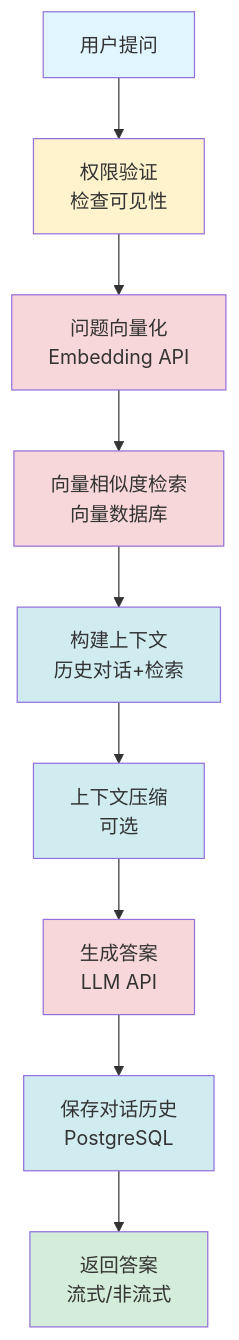
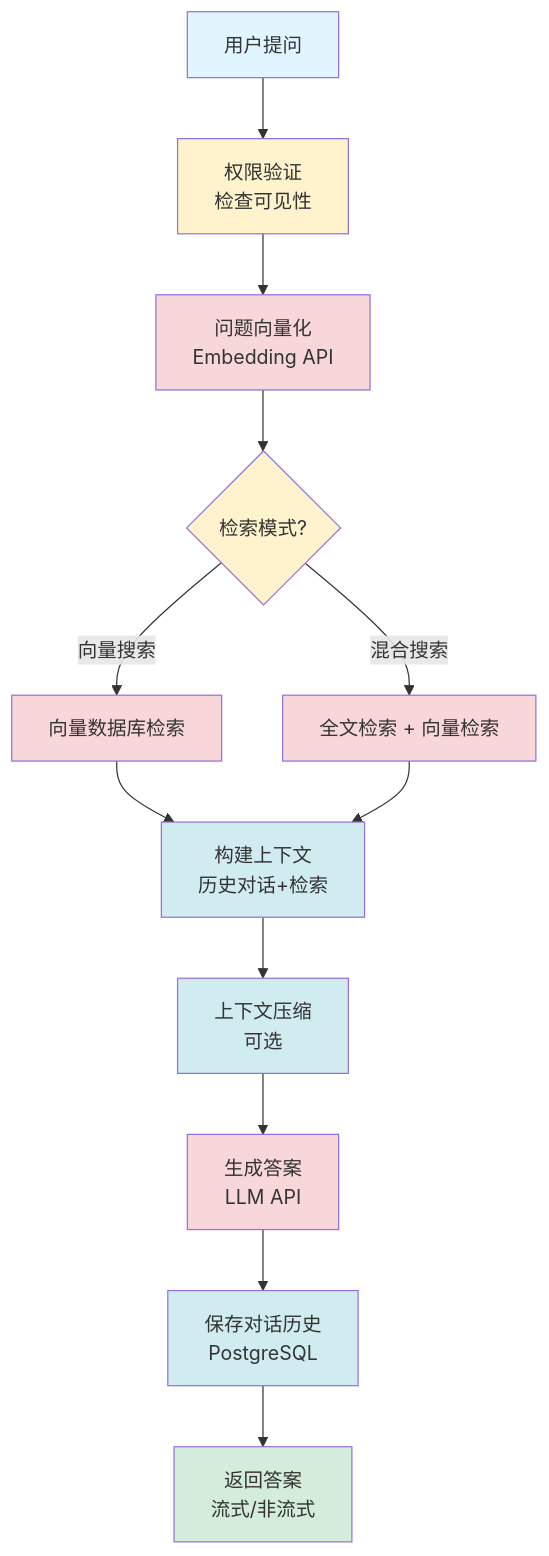
One commit to NanoAgentCode/DifyApp changed the third of 4 diagrams in backend/doc/7.知识库功能设计文档.md. Above: the diagram before and after it, drawn with Mermaid. The commit also changed other lines of this file and 4 other files, not shown here.

````diff
--- a/backend/doc/7.知识库功能设计文档.md
+++ b/backend/doc/7.知识库功能设计文档.md
@@ -516,21 +518,26 @@
 ```mermaid
 flowchart TD
     A[用户提问] --> B[权限验证<br/>检查可见性]
     B --> C[问题向量化<br/>Embedding API]
-    C --> D[向量相似度检索<br/>向量数据库]
-    D --> E[构建上下文<br/>历史对话+检索]
-    E --> F[上下文压缩<br/>可选]
-    F --> G[生成答案<br/>LLM API]
-    G --> H[保存对话历史<br/>PostgreSQL]
-    H --> I[返回答案<br/>流式/非流式]
+    C --> D{检索模式?}
+    D -->|向量搜索| E[向量数据库检索]
+    D -->|混合搜索| F[全文检索 + 向量检索]
+    E --> G[构建上下文<br/>历史对话+检索]
+    F --> G
+    G --> H[上下文压缩<br/>可选]
+    H --> I[生成答案<br/>LLM API]
+    I --> J[保存对话历史<br/>PostgreSQL]
+    J --> K[返回答案<br/>流式/非流式]
     
     style A fill:#e1f5ff
-    style I fill:#d4edda
+    style K fill:#d4edda
     style B fill:#fff3cd
     style C fill:#f8d7da
-    style D fill:#f8d7da
-    style E fill:#d1ecf1
-    style F fill:#d1ecf1
-    style G fill:#f8d7da
+    style D fill:#fff3cd
+    style E fill:#f8d7da
+    style F fill:#f8d7da
+    style G fill:#d1ecf1
     style H fill:#d1ecf1
+    style I fill:#f8d7da
+    style J fill:#d1ecf1
 ```
````
